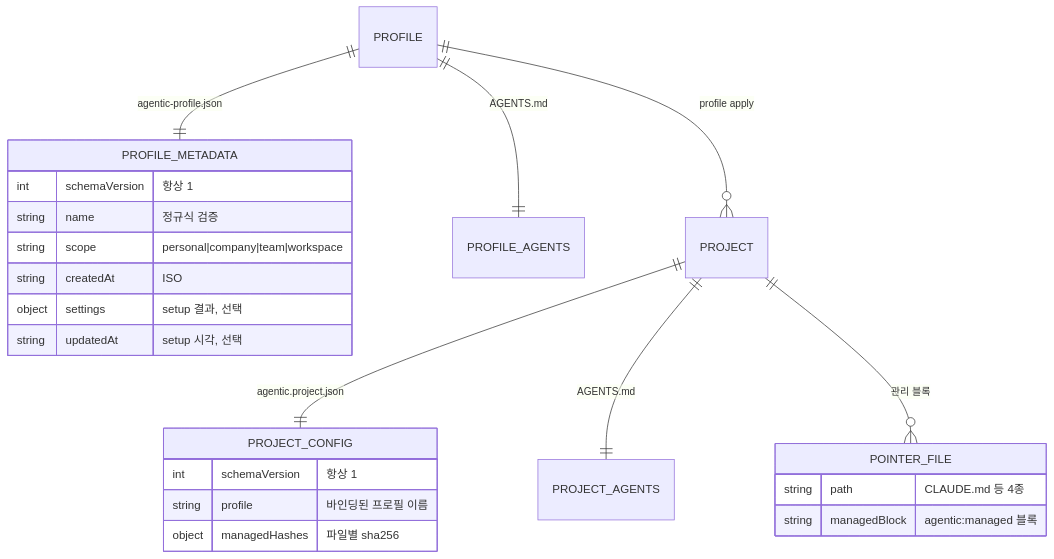
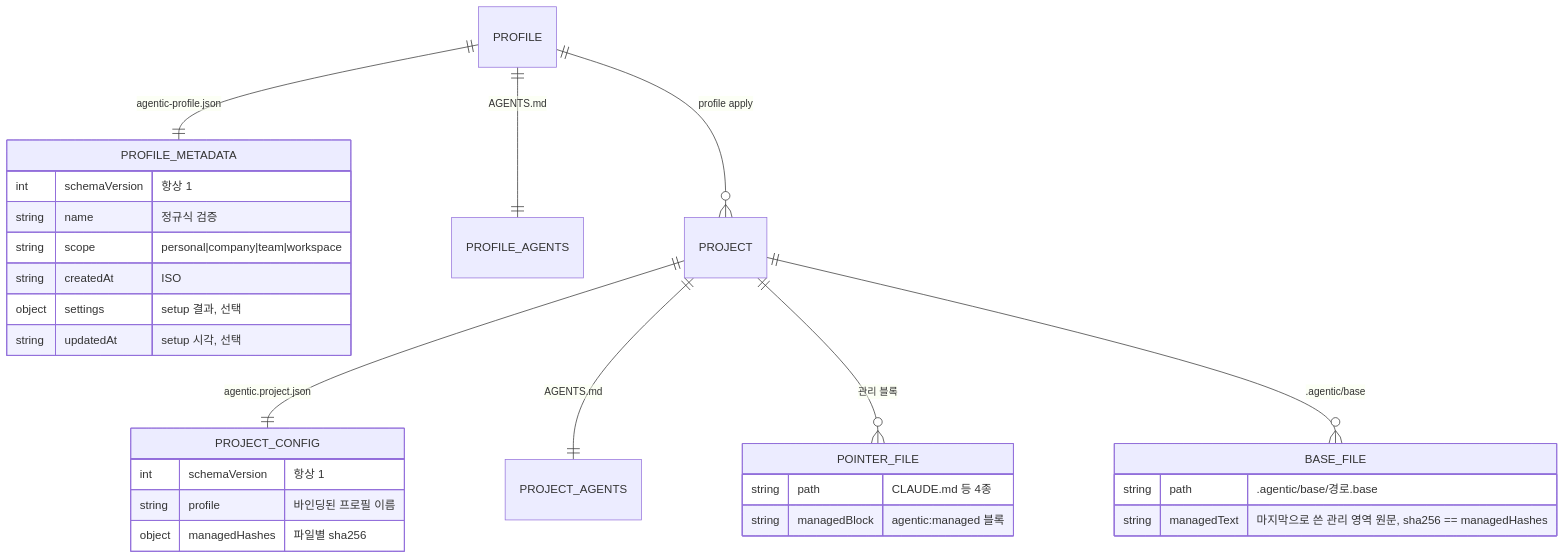
Before and after one commit to IsthisLee/agent-context-manager: the third of 8 diagrams in docs/architecture/implementation-mechanics.md, drawn with Mermaid. The commit also changed other lines of this file and 13 other files, not shown here.

````diff
--- a/docs/architecture/implementation-mechanics.md
+++ b/docs/architecture/implementation-mechanics.md
@@ -118,26 +125,31 @@
 ```mermaid
 erDiagram
   PROFILE ||--|| PROFILE_METADATA : "agentic-profile.json"
   PROFILE ||--|| PROFILE_AGENTS : "AGENTS.md"
   PROFILE ||--o{ PROJECT : "profile apply"
   PROJECT ||--|| PROJECT_CONFIG : "agentic.project.json"
   PROJECT ||--|| PROJECT_AGENTS : "AGENTS.md"
   PROJECT ||--o{ POINTER_FILE : "관리 블록"
+  PROJECT ||--o{ BASE_FILE : ".agentic/base"
   PROFILE_METADATA {
     int schemaVersion "항상 1"
     string name "정규식 검증"
     string scope "personal|company|team|workspace"
     string createdAt "ISO"
     object settings "setup 결과, 선택"
     string updatedAt "setup 시각, 선택"
   }
   PROJECT_CONFIG {
     int schemaVersion "항상 1"
     string profile "바인딩된 프로필 이름"
     object managedHashes "파일별 sha256"
   }
   POINTER_FILE {
     string path "CLAUDE.md 등 4종"
     string managedBlock "agentic:managed 블록"
   }
+  BASE_FILE {
+    string path ".agentic/base/경로.base"
+    string managedText "마지막으로 쓴 관리 영역 원문, sha256 == managedHashes"
+  }
 ```
````
